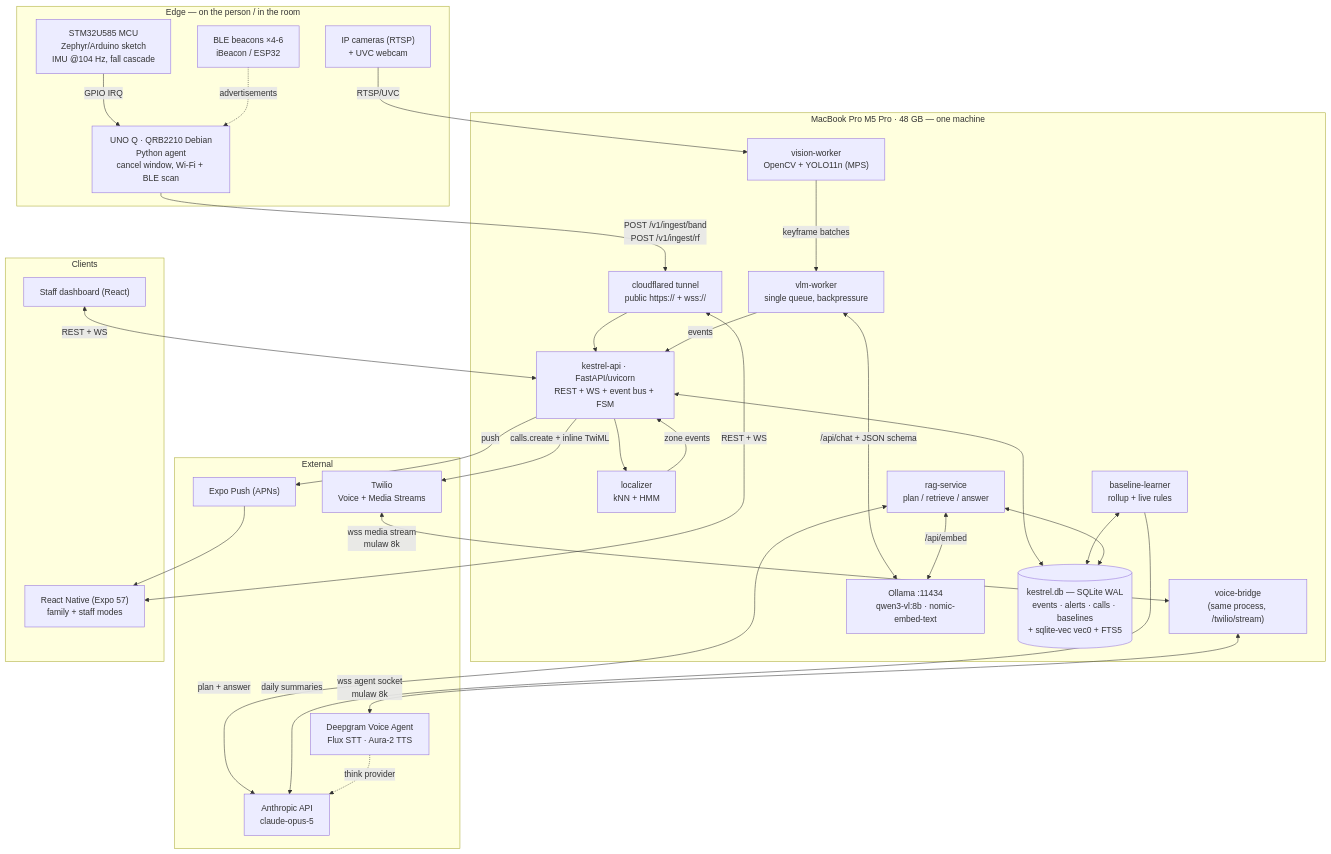
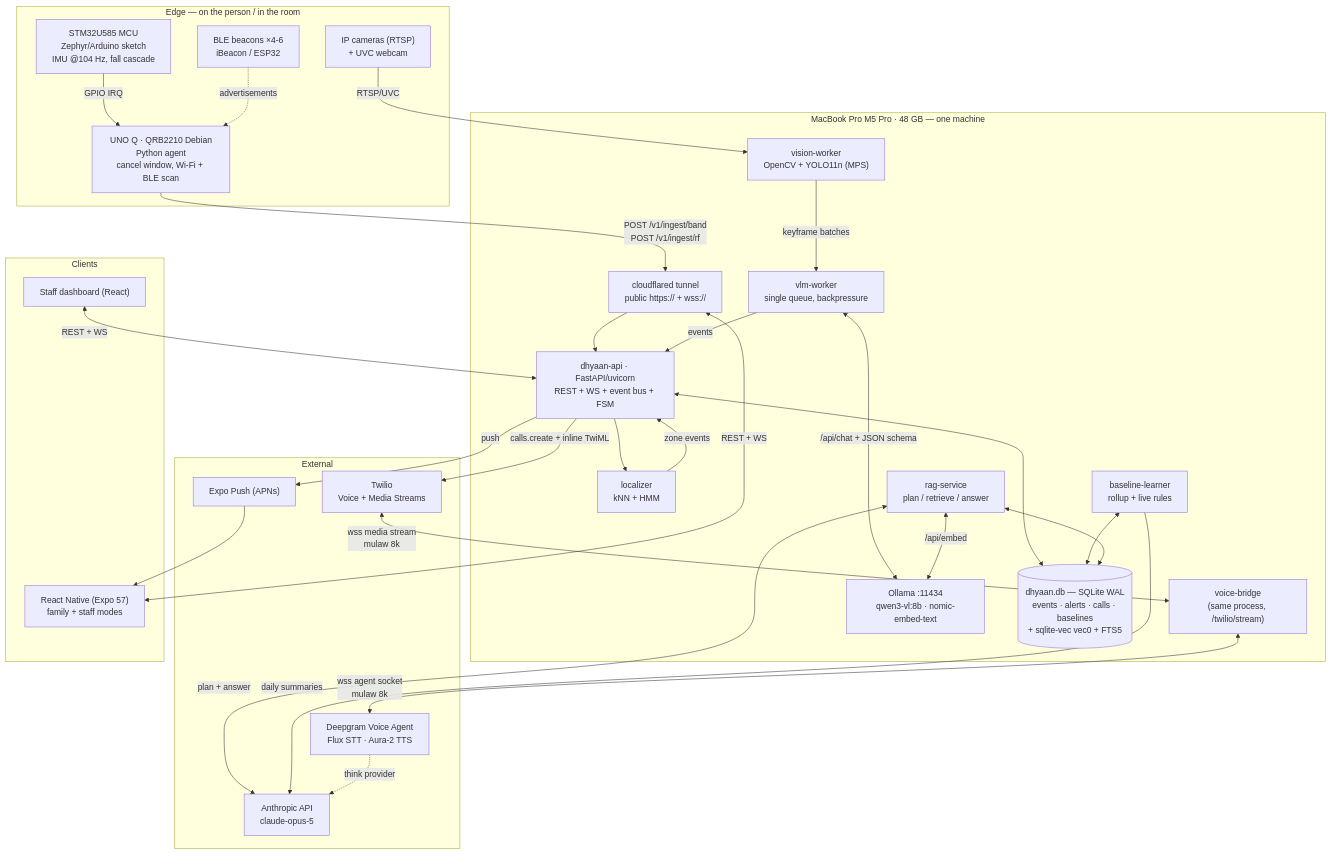
One commit to ayushmk7/Dhyaan_HackMIT2026 changed the first of 2 diagrams in TECHNICAL_PRD.md. Above: the diagram before and after it, drawn with Mermaid. The commit also changed other lines of this file and 4 other files, not shown here.

````diff
--- a/TECHNICAL_PRD.md
+++ b/TECHNICAL_PRD.md
@@ -83,59 +83,59 @@
 ```mermaid
 graph TB
     subgraph EDGE["Edge — on the person / in the room"]
         MCU["STM32U585 MCU<br/>Zephyr/Arduino sketch<br/>IMU @104 Hz, fall cascade"]
         LNX["UNO Q · QRB2210 Debian<br/>Python agent<br/>cancel window, Wi-Fi + BLE scan"]
         BCN["BLE beacons ×4-6<br/>iBeacon / ESP32"]
         CAM["IP cameras (RTSP)<br/>+ UVC webcam"]
         MCU -->|GPIO IRQ| LNX
         BCN -.->|advertisements| LNX
     end
 
     subgraph MAC["MacBook Pro M5 Pro · 48 GB — one machine"]
-        API["kestrel-api · FastAPI/uvicorn<br/>REST + WS + event bus + FSM"]
+        API["dhyaan-api · FastAPI/uvicorn<br/>REST + WS + event bus + FSM"]
         BRIDGE["voice-bridge<br/>(same process, /twilio/stream)"]
         VISION["vision-worker<br/>OpenCV + YOLO11n (MPS)"]
         VLMQ["vlm-worker<br/>single queue, backpressure"]
         LOC["localizer<br/>kNN + HMM"]
         LEARN["baseline-learner<br/>rollup + live rules"]
         RAG["rag-service<br/>plan / retrieve / answer"]
         OLL["Ollama :11434<br/>qwen3-vl:8b · nomic-embed-text"]
-        DB[("kestrel.db — SQLite WAL<br/>events · alerts · calls · baselines<br/>+ sqlite-vec vec0 + FTS5")]
+        DB[("dhyaan.db — SQLite WAL<br/>events · alerts · calls · baselines<br/>+ sqlite-vec vec0 + FTS5")]
         TUN["cloudflared tunnel<br/>public https:// + wss://"]
     end
 
     subgraph CLOUD["External"]
         TW["Twilio<br/>Voice + Media Streams"]
         DG["Deepgram Voice Agent<br/>Flux STT · Aura-2 TTS"]
         ANT["Anthropic API<br/>claude-opus-5"]
         EXPO["Expo Push (APNs)"]
     end
 
     subgraph APPS["Clients"]
         RN["React Native (Expo 57)<br/>family + staff modes"]
         WEB["Staff dashboard (React)"]
     end
 
     LNX -->|"POST /v1/ingest/band<br/>POST /v1/ingest/rf"| TUN
     CAM -->|RTSP/UVC| VISION
     TUN --> API
     VISION -->|keyframe batches| VLMQ
     VLMQ <-->|/api/chat + JSON schema| OLL
     VLMQ -->|events| API
     LOC -->|zone events| API
     API --> LOC
     API <--> DB
     LEARN <--> DB
     RAG <--> DB
     RAG <-->|/api/embed| OLL
     RAG <-->|plan + answer| ANT
     LEARN -->|daily summaries| ANT
     API -->|"calls.create + inline TwiML"| TW
     TW <-->|"wss media stream<br/>mulaw 8k"| BRIDGE
     BRIDGE <-->|"wss agent socket<br/>mulaw 8k"| DG
     DG -.->|think provider| ANT
     API -->|push| EXPO
     EXPO --> RN
     RN <-->|"REST + WS"| TUN
     WEB <-->|"REST + WS"| API
 ```
````
